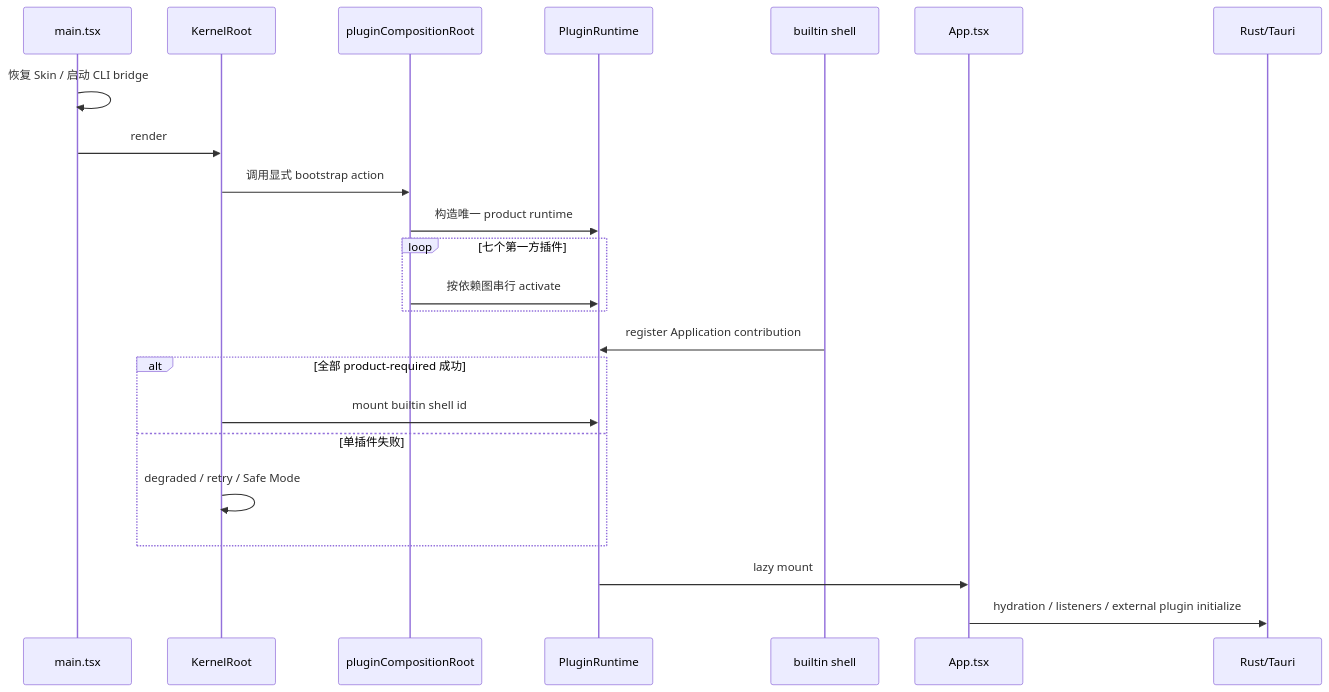
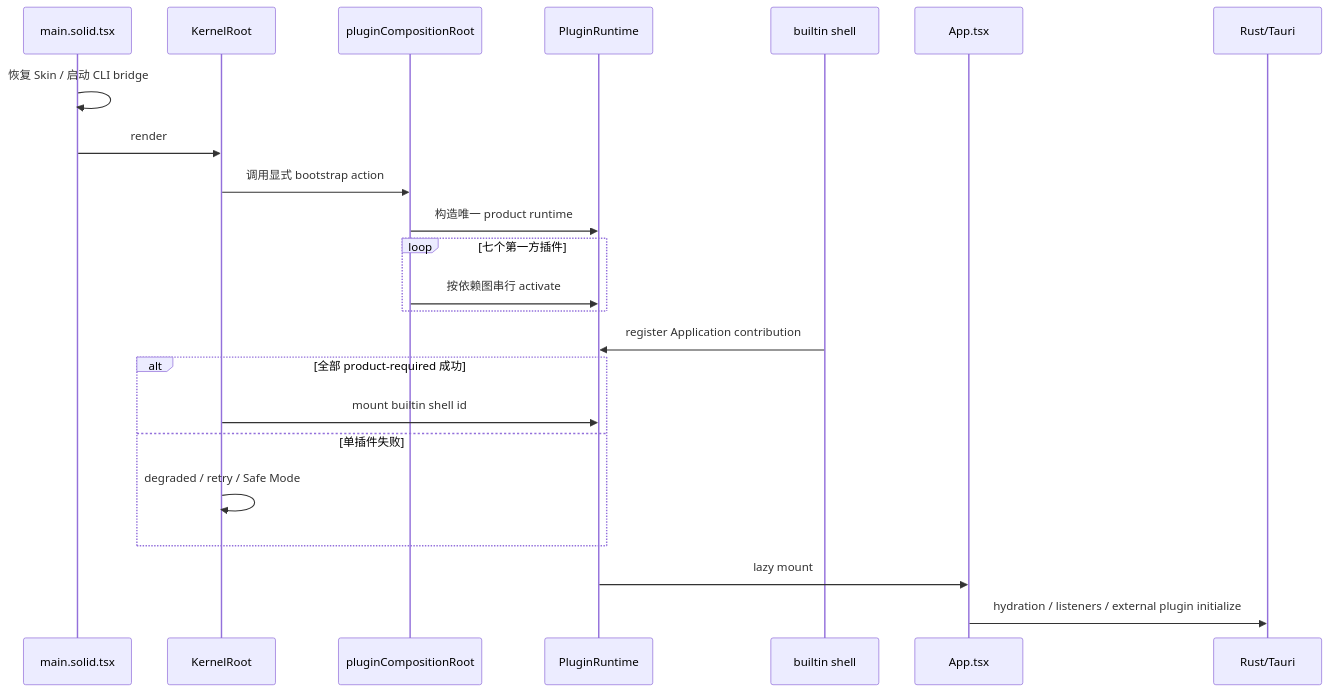
One commit to AlchemistCxC/Pylon-co-works changed the second of 7 diagrams in docs/说明书/Pylon-项目架构参考.md. Above: the diagram before and after it, drawn with Mermaid. The commit also changed other lines of this file and 3 other files, not shown here.

````diff
--- a/docs/说明书/Pylon-项目架构参考.md
+++ b/docs/说明书/Pylon-项目架构参考.md
@@ -119,26 +119,26 @@
 ```mermaid
 sequenceDiagram
-  participant Main as main.tsx
+  participant Main as main.solid.tsx
   participant Kernel as KernelRoot
   participant Composition as pluginCompositionRoot
   participant Runtime as PluginRuntime
   participant Shell as builtin shell
   participant App as App.tsx
   participant Tauri as Rust/Tauri
 
   Main->>Main: 恢复 Skin / 启动 CLI bridge
   Main->>Kernel: render
   Kernel->>Composition: 调用显式 bootstrap action
   Composition->>Runtime: 构造唯一 product runtime
   loop 七个第一方插件
     Composition->>Runtime: 按依赖图串行 activate
   end
   Shell->>Runtime: register Application contribution
   alt 全部 product-required 成功
     Kernel->>Runtime: mount builtin shell id
   else 单插件失败
     Kernel->>Kernel: degraded / retry / Safe Mode
   end
   Runtime->>App: lazy mount
   App->>Tauri: hydration / listeners / external plugin initialize
 ```
````
